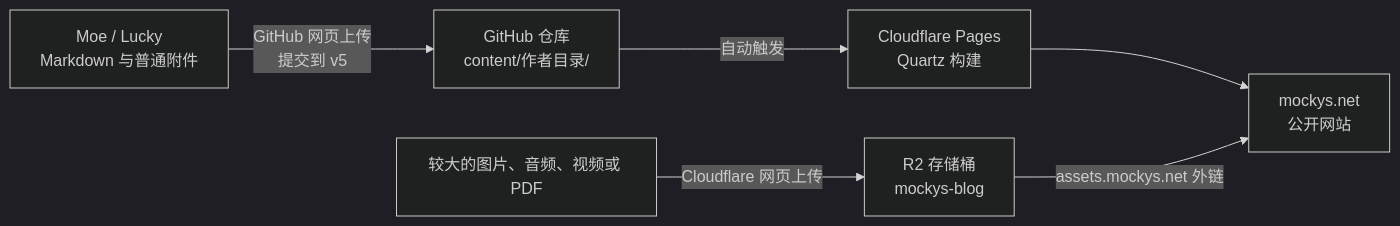
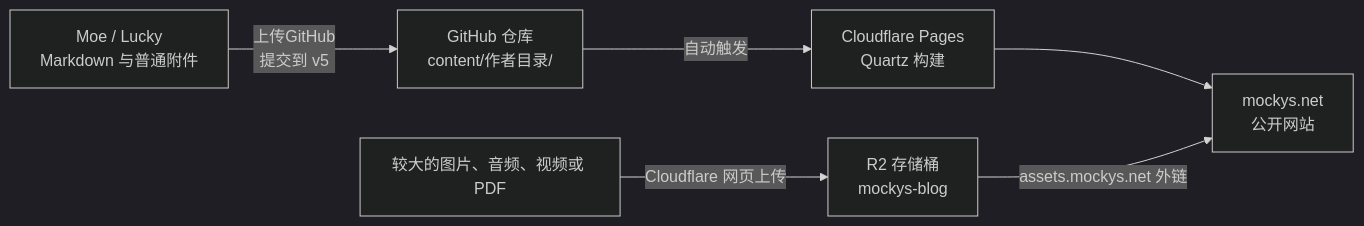
The diagram in README.md (LuckytoeUSTC/Mockys_Blog), drawn with Mermaid (dark theme) before and after one commit. The commit also changed 2 other files, not shown here.

Commit message:
Fix frontmatter, descriptions, and README copy
Adjust README wording for GitHub upload flow; add a short description to Lucky's post (回老家得新思); and correct Moe's markdown frontmatter/fencing and formatting (replace incorrect ---- with standard YAML '---').

````diff
--- a/README.md
+++ b/README.md
@@ -117,8 +117,8 @@
 ```mermaid
 flowchart LR
-    A["Moe / Lucky<br/>Markdown 与普通附件"] -->|"GitHub 网页上传<br/>提交到 v5"| B["GitHub 仓库<br/>content/作者目录/"]
+    A["Moe / Lucky<br/>Markdown 与普通附件"] -->|"上传GitHub<br/>提交到 v5"| B["GitHub 仓库<br/>content/作者目录/"]
     B -->|"自动触发"| C["Cloudflare Pages<br/>Quartz 构建"]
     C --> D["mockys.net<br/>公开网站"]
     E["较大的图片、音频、视频或 PDF"] -->|"Cloudflare 网页上传"| F["R2 存储桶<br/>mockys-blog"]
     F -->|"assets.mockys.net 外链"| D
 ```
````
